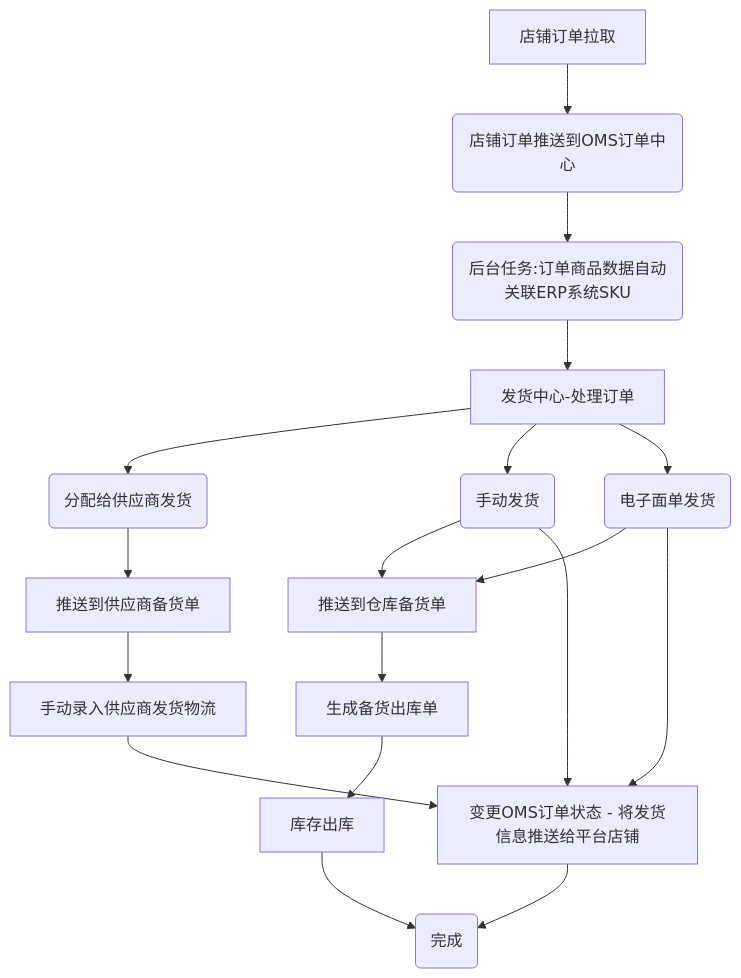
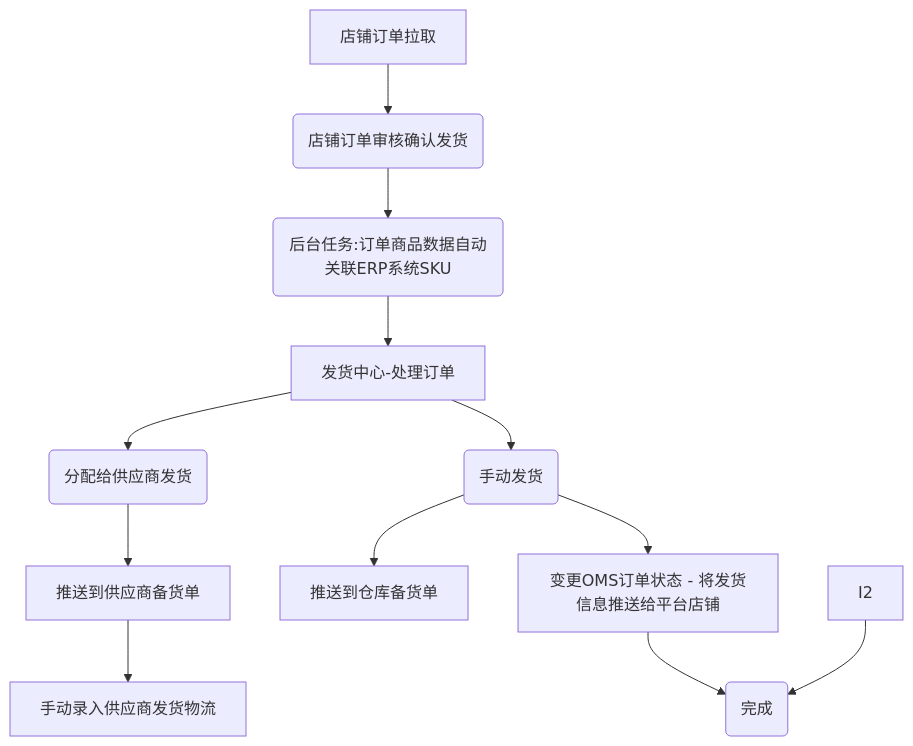
Before and after one commit to StrarMark/qihangerp-oms: the third of 4 diagrams in README.md, drawn with Mermaid.

````diff
--- a/README.md
+++ b/README.md
@@ -74,20 +74,14 @@
 ```mermaid
 graph TD
-    A[店铺订单拉取] -->B(店铺订单推送到OMS订单中心)
+    A[店铺订单拉取] -->B(店铺订单审核确认发货)
     B --> C(后台任务:订单商品数据自动关联ERP系统SKU)
     C --> D[发货中心-处理订单]
     D --> E1(分配给供应商发货)
     D --> E2(手动发货)
-    D --> E3(电子面单发货)
     E1 --> F1[推送到供应商备货单]
     E2 --> F2[推送到仓库备货单]
-    E3 --> F2
     F1 --> G1[手动录入供应商发货物流]
     E2 --> G[变更OMS订单状态 - 将发货信息推送给平台店铺]
-    E3 --> G
-    G1 --> G
-    F2 --> H2[生成备货出库单]
-    H2 --> I2[库存出库]
     G --> H(完成)
     I2 --> H
 ```
````
